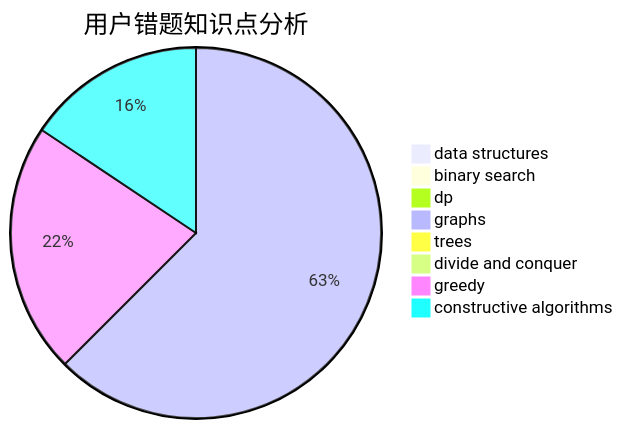
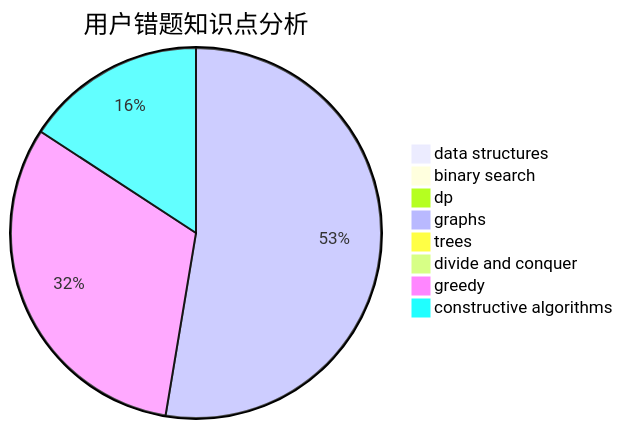
Before and after one commit to sherpahu/cfrs.github.io: the third of 3 diagrams in docs/user/u2222.md, drawn with Mermaid. The commit also changed other lines of this file and 2770 other files, not shown here.

````diff
--- a/docs/user/u2222.md
+++ b/docs/user/u2222.md
@@ -36,11 +36,11 @@
 ```mermaid
 pie title 用户错题知识点分析
     "data structures" :  0
     "binary search" :  0
     "dp" :  0
     "graphs" :  20
     "trees" :  0
     "divide and conquer" :  0
-    "greedy" :  7
-    "constructive algorithms" :  5
+    "greedy" :  12
+    "constructive algorithms" :  6
 ```
````
